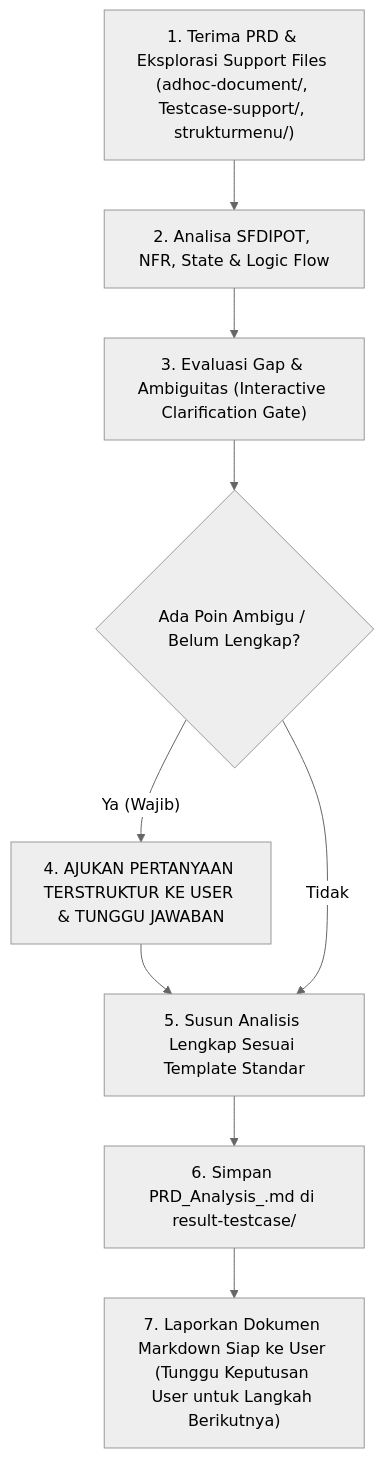
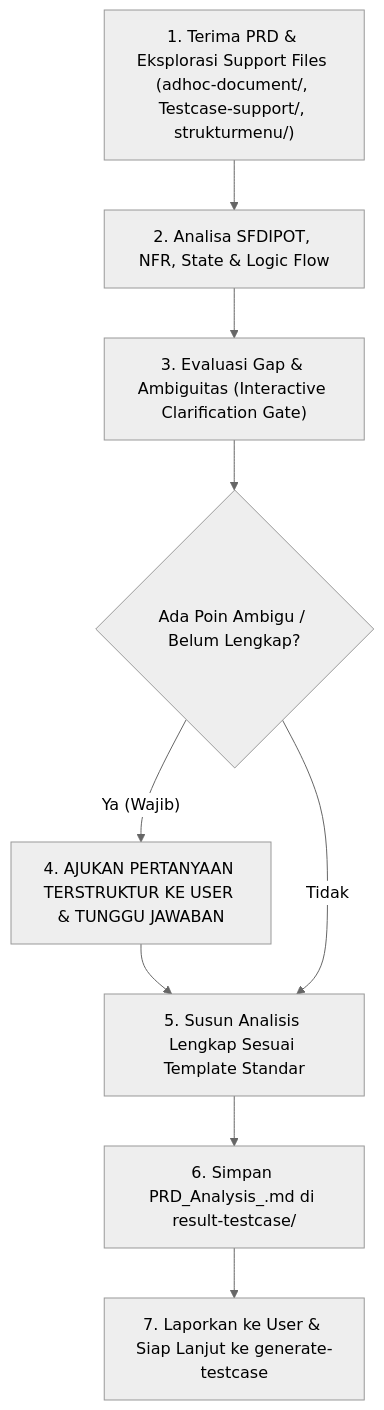
The diagram in .agents/skills/prd-qa-analyzer/SKILL.md (fadlyady/prdanalyzer), drawn with Mermaid (neutral theme) before and after one commit. The commit also changed other lines of this file and 37 other files, not shown here.

````diff
--- a/.agents/skills/prd-qa-analyzer/SKILL.md
+++ b/.agents/skills/prd-qa-analyzer/SKILL.md
@@ -173,11 +148,11 @@
 ```mermaid
 graph TD
     A["1. Terima PRD & Eksplorasi Support Files (adhoc-document/, Testcase-support/, strukturmenu/)"] --> B["2. Analisa SFDIPOT, NFR, State & Logic Flow"]
     B --> C["3. Evaluasi Gap & Ambiguitas (Interactive Clarification Gate)"]
     C --> D{"Ada Poin Ambigu / Belum Lengkap?"}
     D -- "Ya (Wajib)" --> E["4. AJUKAN PERTANYAAN TERSTRUKTUR KE USER & TUNGGU JAWABAN"]
     E --> F["5. Susun Analisis Lengkap Sesuai Template Standar"]
     D -- "Tidak" --> F
     F --> G["6. Simpan PRD_Analysis_<Feature_Name>.md di result-testcase/"]
-    G --> H["7. Laporkan Dokumen Markdown Siap ke User (Tunggu Keputusan User untuk Langkah Berikutnya)"]
+    G --> H["7. Laporkan ke User & Siap Lanjut ke generate-testcase"]
 ```
````
